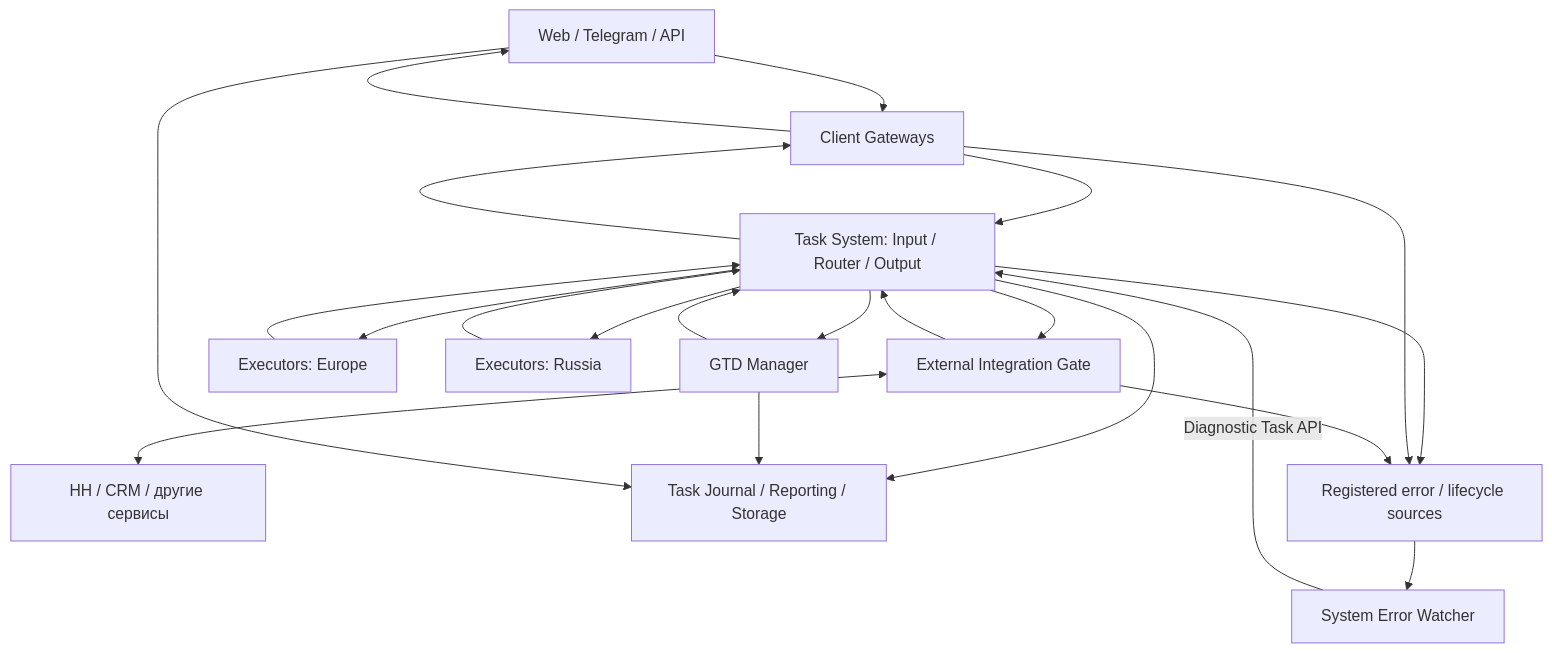
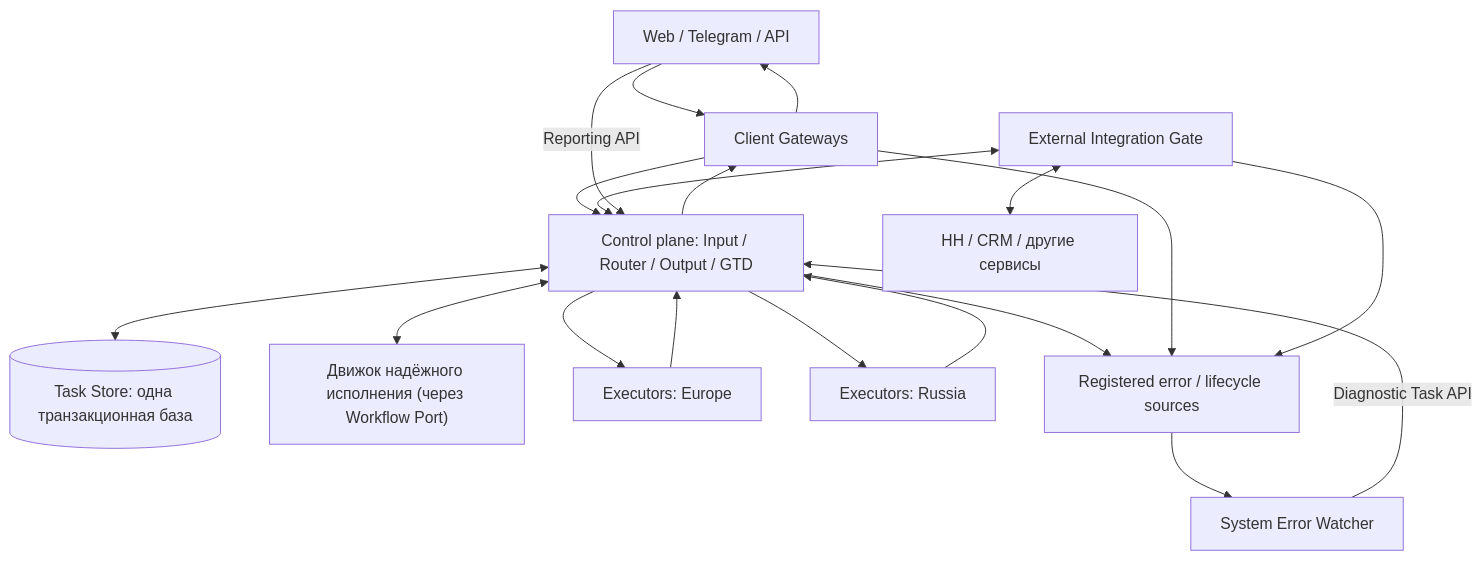
Before and after one commit to trained-assist/trained-agent-architecture: the first of 3 diagrams in ARCHITECTURE.md, drawn with Mermaid. The commit also changed other lines of this file and 4 other files, not shown here.

First line of the commit message:
docs: ARCHITECTURE v0.7 — Task Store, Workflow Port, разговорная сессия, решения прода

````diff
--- a/ARCHITECTURE.md
+++ b/ARCHITECTURE.md
@@ -15,24 +32,21 @@
 ```mermaid
 flowchart TD
   C["Web / Telegram / API"] --> G["Client Gateways"]
-  G --> T["Task System: Input / Router / Output"]
-  E["External Integration Gate"] --> T
-  T --> E
+  G --> T["Control plane: Input / Router / Output / GTD"]
+  T <--> DB[("Task Store: одна транзакционная база")]
+  T <--> WF["Движок надёжного исполнения (через Workflow Port)"]
+  E["External Integration Gate"] <--> T
   E <--> X["HH / CRM / другие сервисы"]
   T --> EU["Executors: Europe"]
   T --> RU["Executors: Russia"]
   EU --> T
   RU --> T
   T --> G
   G --> C
-  D["GTD Manager"] --> T
-  T --> D
-  T --> S["Task Journal / Reporting / Storage"]
-  D --> S
-  C --> S
+  C -->|"Reporting API"| T
   T --> LOG["Registered error / lifecycle sources"]
   G --> LOG
   E --> LOG
   LOG --> WATCH["System Error Watcher"]
   WATCH -->|"Diagnostic Task API"| T
 ```
````
